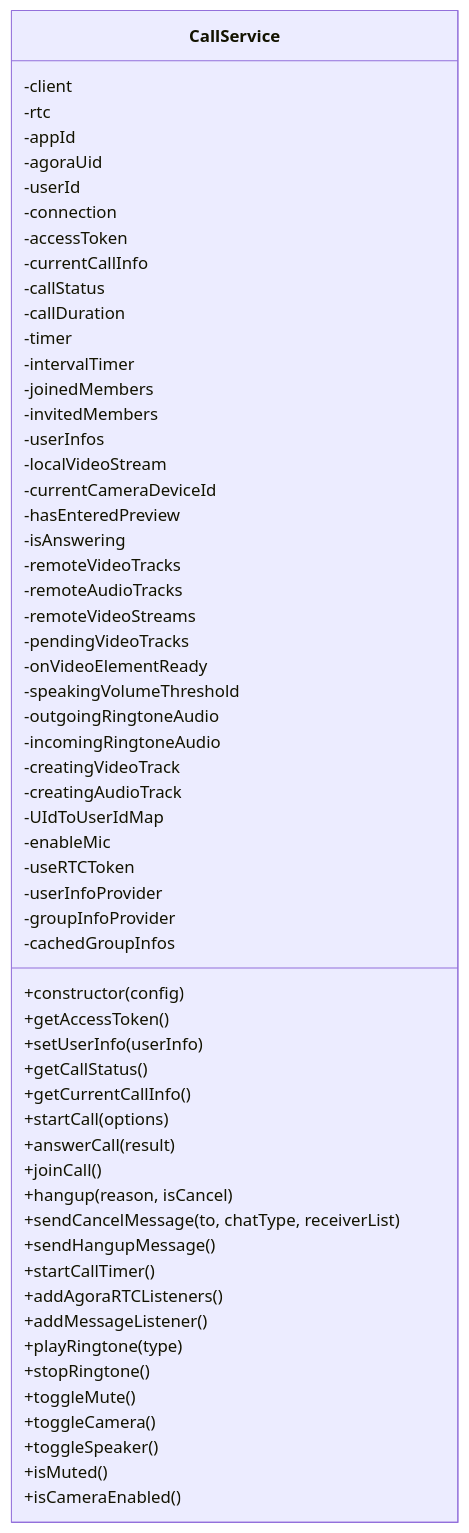
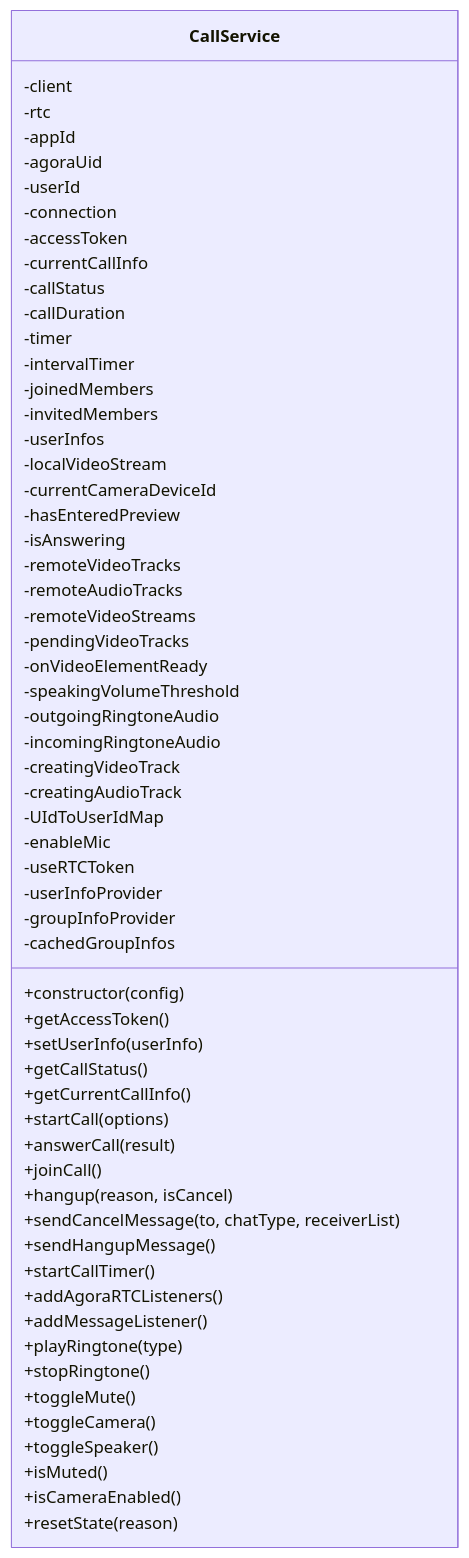
One commit to Easemob-Community/easemob-uikit-callkit-vue3 changed the third of 10 diagrams in .qoder/repowiki/zh/content/服务层/通话服务 (CallService).md. Above: the diagram before and after it, drawn with Mermaid. The commit also changed other lines of this file and 58 other files, not shown here.

````diff
--- a/.qoder/repowiki/zh/content/服务层/通话服务 (CallService).md
+++ b/.qoder/repowiki/zh/content/服务层/通话服务 (CallService).md
@@ -197,61 +228,62 @@
 ```mermaid
 classDiagram
 class CallService {
 -client
 -rtc
 -appId
 -agoraUid
 -userId
 -connection
 -accessToken
 -currentCallInfo
 -callStatus
 -callDuration
 -timer
 -intervalTimer
 -joinedMembers
 -invitedMembers
 -userInfos
 -localVideoStream
 -currentCameraDeviceId
 -hasEnteredPreview
 -isAnswering
 -remoteVideoTracks
 -remoteAudioTracks
 -remoteVideoStreams
 -pendingVideoTracks
 -onVideoElementReady
 -speakingVolumeThreshold
 -outgoingRingtoneAudio
 -incomingRingtoneAudio
 -creatingVideoTrack
 -creatingAudioTrack
 -UIdToUserIdMap
 -enableMic
 -useRTCToken
 -userInfoProvider
 -groupInfoProvider
 -cachedGroupInfos
 +constructor(config)
 +getAccessToken()
 +setUserInfo(userInfo)
 +getCallStatus()
 +getCurrentCallInfo()
 +startCall(options)
 +answerCall(result)
 +joinCall()
 +hangup(reason, isCancel)
 +sendCancelMessage(to, chatType, receiverList)
 +sendHangupMessage()
 +startCallTimer()
 +addAgoraRTCListeners()
 +addMessageListener()
 +playRingtone(type)
 +stopRingtone()
 +toggleMute()
 +toggleCamera()
 +toggleSpeaker()
 +isMuted()
 +isCameraEnabled()
++resetState(reason)
 }
 ```
````
